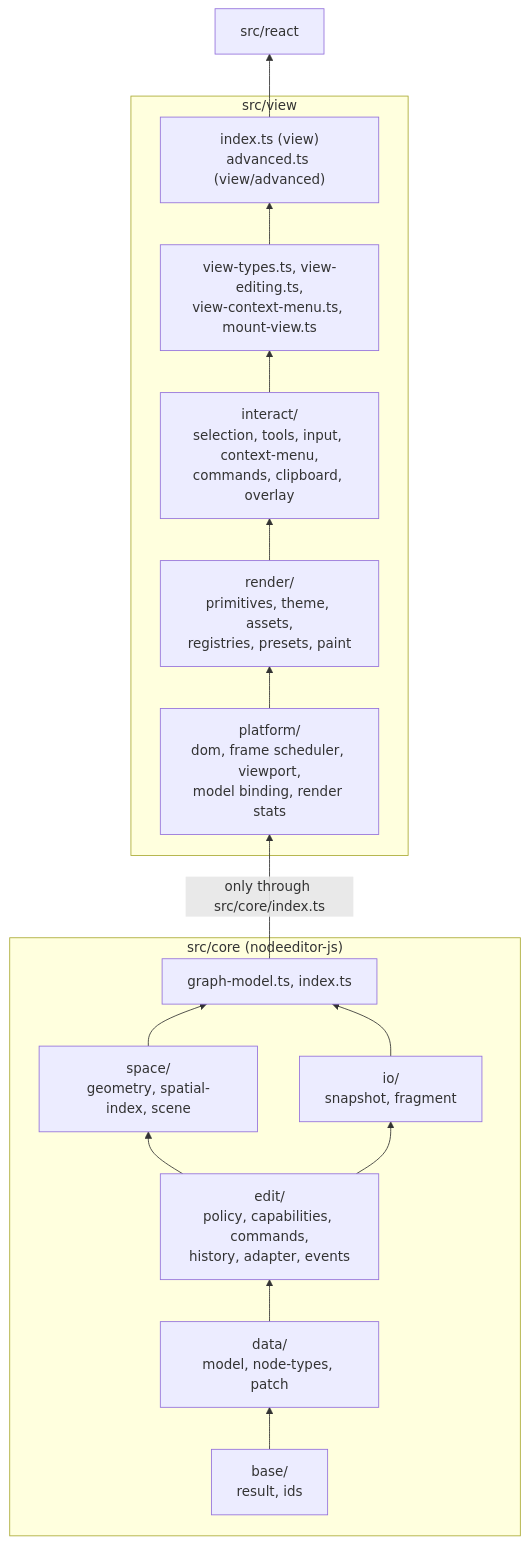
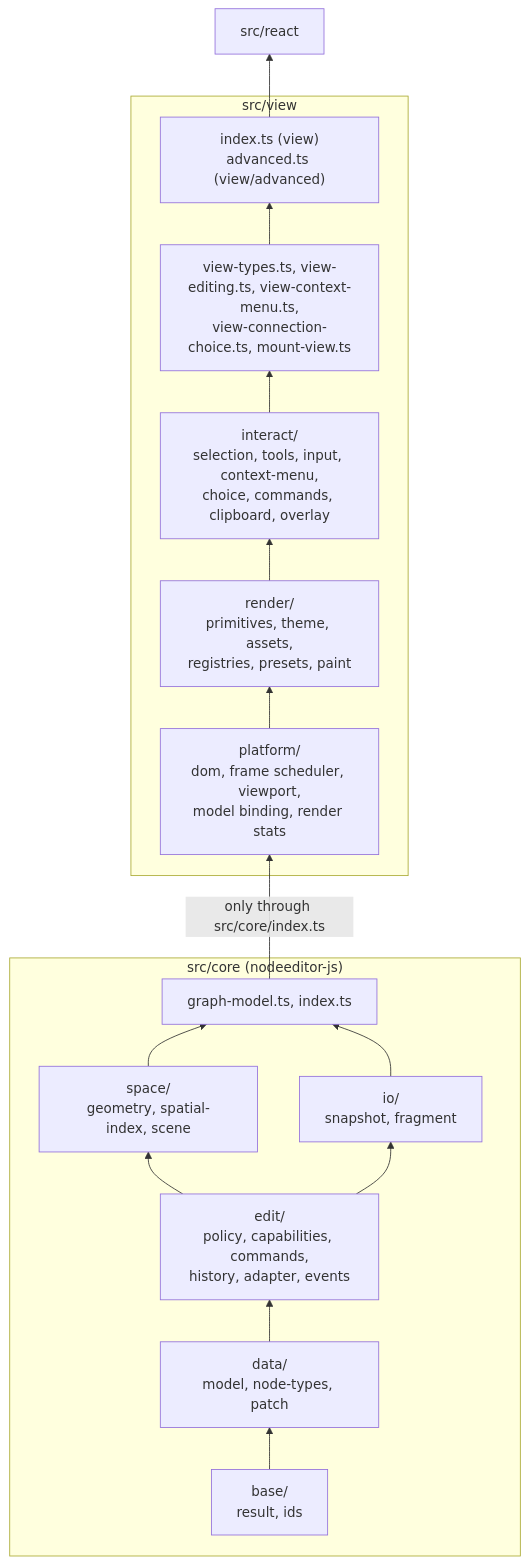
Before and after one commit to paceholder/nodeeditor-js: the ninth of 10 diagrams in docs/architecture.md, drawn with Mermaid. The commit also changed other lines of this file and 5 other files, not shown here.

````diff
--- a/docs/architecture.md
+++ b/docs/architecture.md
@@ -432,18 +460,18 @@
 ```mermaid
 flowchart BT
   subgraph core["src/core (nodeeditor-js)"]
     base["base/<br/>result, ids"] --> data["data/<br/>model, node-types, patch"]
     data --> edit["edit/<br/>policy, capabilities, commands,<br/>history, adapter, events"]
     edit --> space["space/<br/>geometry, spatial-index, scene"]
     edit --> io["io/<br/>snapshot, fragment"]
     space & io --> facade["graph-model.ts, index.ts"]
   end
   subgraph view["src/view"]
     platform["platform/<br/>dom, frame scheduler, viewport,<br/>model binding, render stats"] --> render["render/<br/>primitives, theme, assets,<br/>registries, presets, paint"]
-    render --> interact["interact/<br/>selection, tools, input, context-menu,<br/>commands, clipboard, overlay"]
-    interact --> mount["view-types.ts, view-editing.ts,<br/>view-context-menu.ts, mount-view.ts"]
+    render --> interact["interact/<br/>selection, tools, input, context-menu,<br/>choice, commands, clipboard, overlay"]
+    interact --> mount["view-types.ts, view-editing.ts, view-context-menu.ts,<br/>view-connection-choice.ts, mount-view.ts"]
     mount --> entries["index.ts (view)<br/>advanced.ts (view/advanced)"]
   end
   facade -- "only through src/core/index.ts" --> platform
   entries --> react["src/react"]
 ```
````
